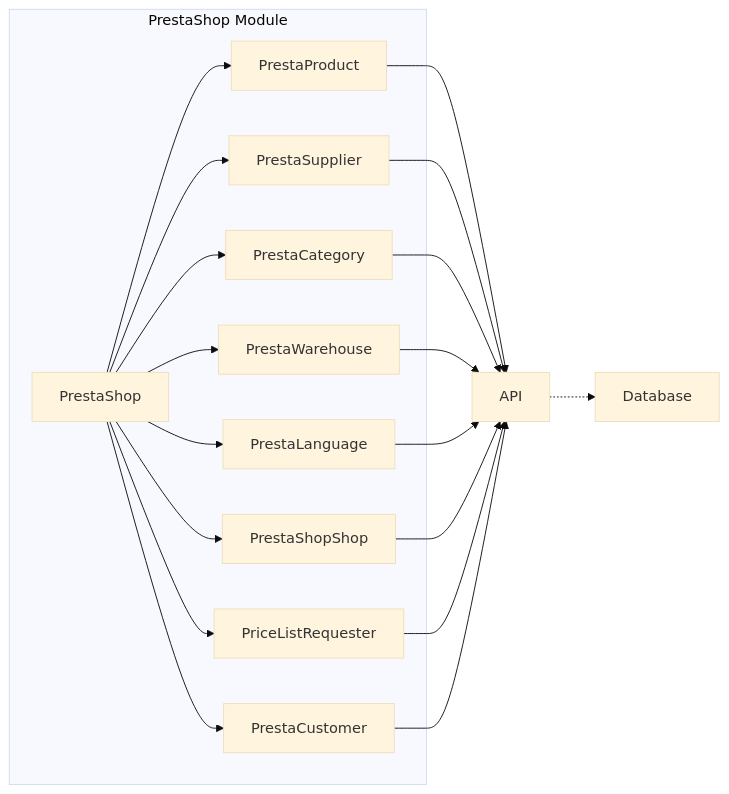
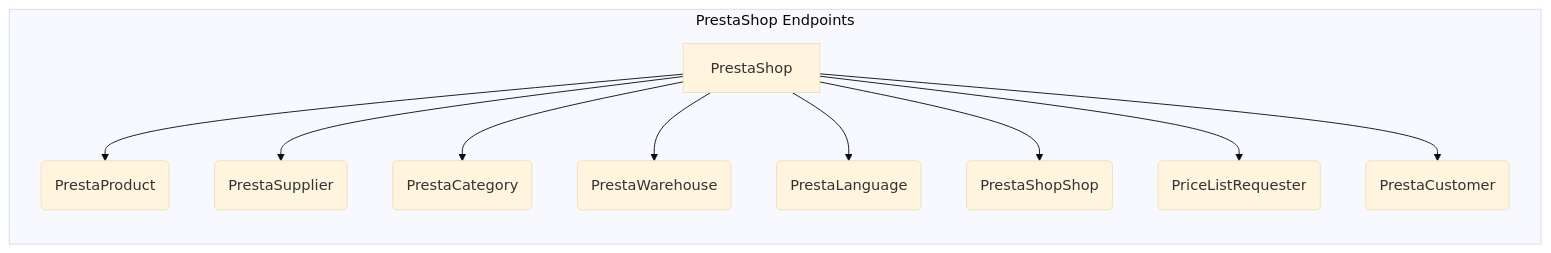
One commit to hypo69/hypo changed the second of 2 diagrams in docs/gemini/ru/explainer/src/endpoints/prestashop/__init__.md. Above: the diagram before and after it, drawn with Mermaid (base theme). The commit also changed other lines of this file and 43 other files, not shown here.

````diff
--- a/docs/gemini/ru/explainer/src/endpoints/prestashop/__init__.md
+++ b/docs/gemini/ru/explainer/src/endpoints/prestashop/__init__.md
@@ -65,22 +52,13 @@
 ```mermaid
 graph LR
-    subgraph PrestaShop Module
-        PrestaShop --> PrestaProduct
-        PrestaShop --> PrestaSupplier
-        PrestaShop --> PrestaCategory
-        PrestaShop --> PrestaWarehouse
-        PrestaShop --> PrestaLanguage
-        PrestaShop --> PrestaShopShop
-        PrestaShop --> PriceListRequester
-        PrestaShop --> PrestaCustomer
+    subgraph PrestaShop Endpoints
+        A[PrestaShop] --> B(PrestaProduct);
+        A --> C(PrestaSupplier);
+        A --> D(PrestaCategory);
+        A --> E(PrestaWarehouse);
+        A --> F(PrestaLanguage);
+        A --> G(PrestaShopShop);
+        A --> H(PriceListRequester);
+        A --> I(PrestaCustomer);
     end
-    PrestaProduct --> API
-    PrestaSupplier --> API
-    PrestaCategory --> API
-    PrestaWarehouse --> API
-    PrestaLanguage --> API
-    PrestaShopShop --> API
-    PriceListRequester --> API
-    PrestaCustomer --> API
-    API -.-> Database
 ```
````
